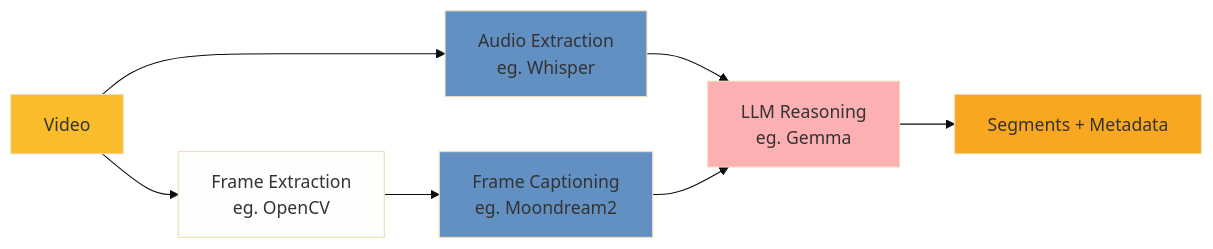
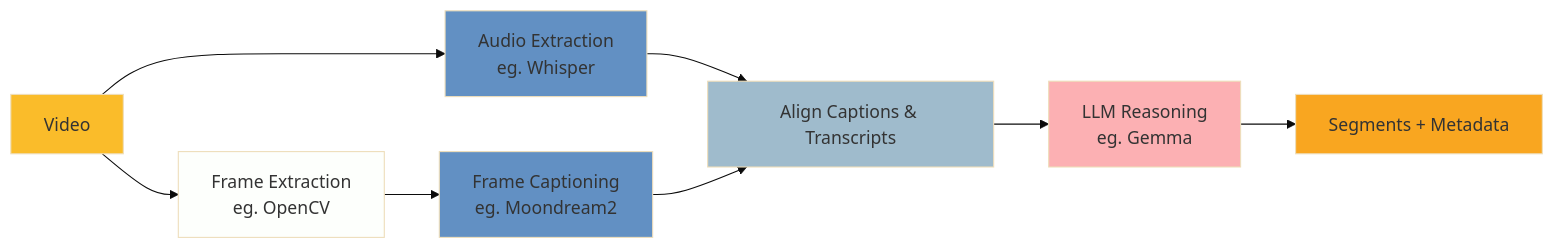
One commit to kingsdigitallab/issa changed the diagram in prototypes/segment/README.md. Above: the diagram before and after it, drawn with Mermaid (base theme). The commit also changed other lines of this file, not shown here.

Commit message:
feat(segment): Add alignment step for captions and audio to README

````diff
--- a/prototypes/segment/README.md
+++ b/prototypes/segment/README.md
@@ -34,16 +34,18 @@
 ```mermaid
 flowchart LR
     A[Video] --> B[Frame Extraction<br/>eg. OpenCV]
     A --> C[Audio Extraction<br/>eg. Whisper]
     B --> D[Frame Captioning<br/>eg. Moondream2]
-    C --> E[LLM Reasoning<br/>eg. Gemma]
-    D --> E
+    C --> G[Align Captions & Transcripts]
+    D --> G
+    G --> E[LLM Reasoning<br/>eg. Gemma]
     E --> F[Segments + Metadata]
 
     style A fill:#FABC2A
     style B fill:#FDFFFC
     style C fill:#6290C3
     style D fill:#6290C3
     style E fill:#FCB0B3
     style F fill:#F9A620
+    style G fill:#9FBBCC
 ```
````
